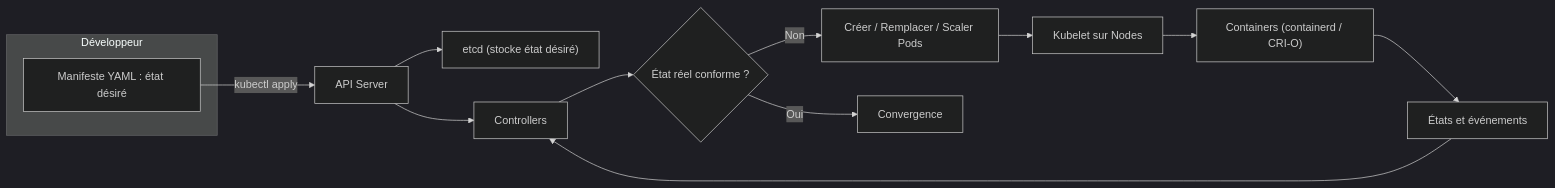
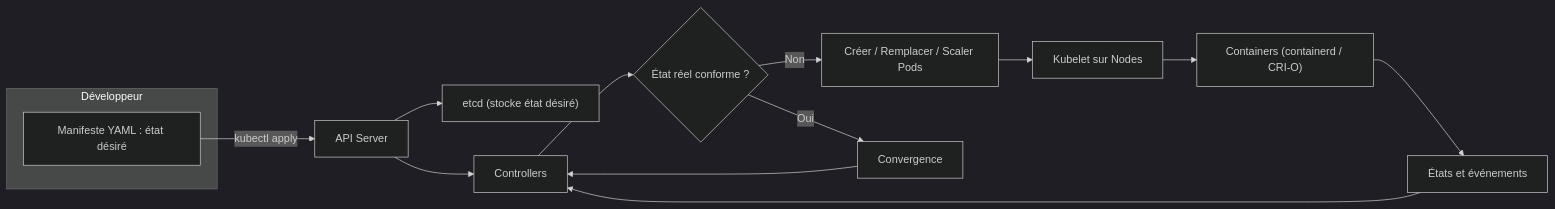
Before and after one commit to sountrust/MICSI_A4: the fourth of 9 diagrams in CM1.md, drawn with Mermaid (dark theme). The commit also changed other lines of this file, not shown here.

````diff
--- a/CM1.md
+++ b/CM1.md
@@ -577,17 +577,18 @@
 ```mermaid
 flowchart LR
   subgraph User[Développeur]
     A["Manifeste YAML : état désiré"]
   end
   A -->|"kubectl apply"| B["API Server"]
   B --> C["etcd (stocke état désiré)"]
   B --> D[Controllers]
   D --> E{État réel conforme ?}
   E -- "Non" --> F["Créer / Remplacer / Scaler Pods"]
   F --> G["Kubelet sur Nodes"]
   G --> H["Containers (containerd / CRI-O)"]
   H --> I["États et événements"]
   I --> D
   E -- "Oui" --> J[Convergence]
+  J --> D
 
 ```
````
